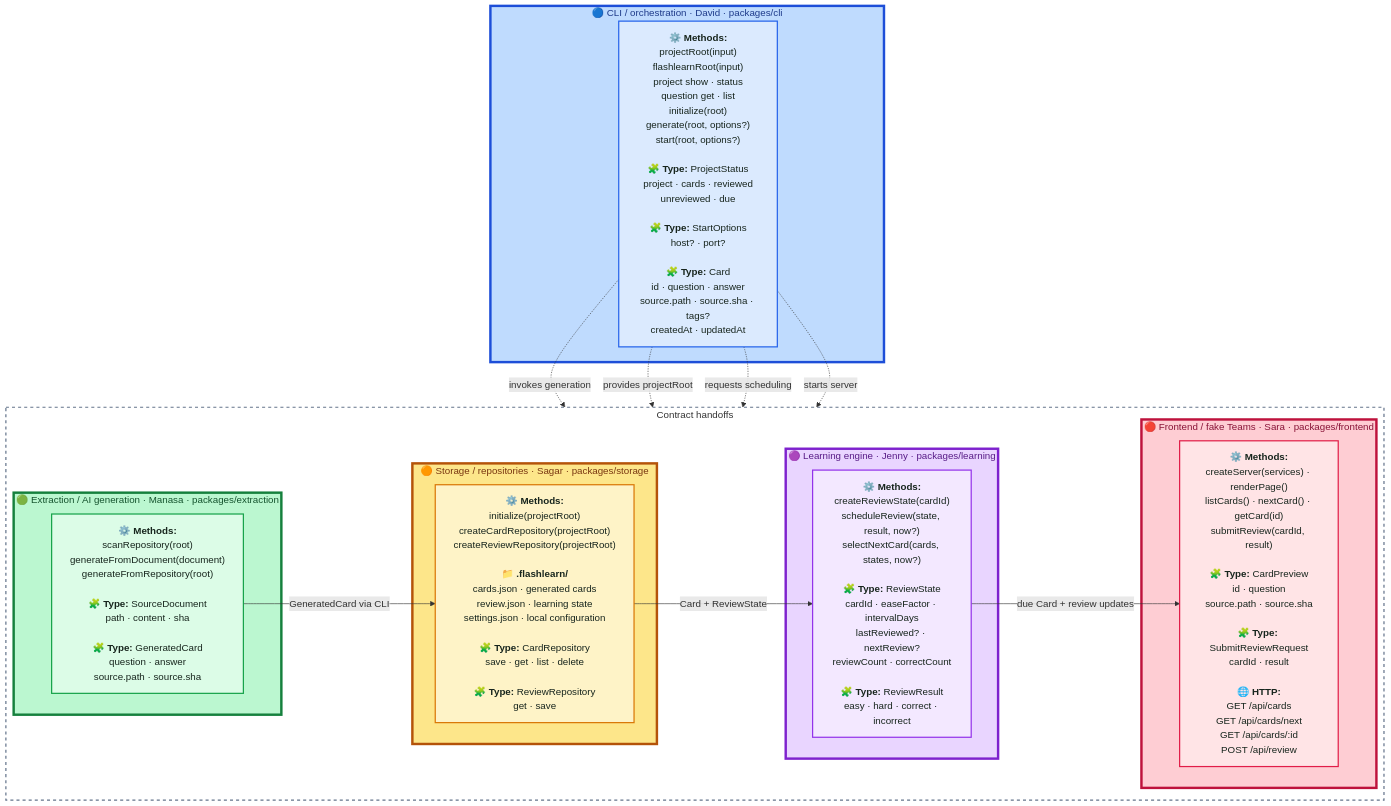
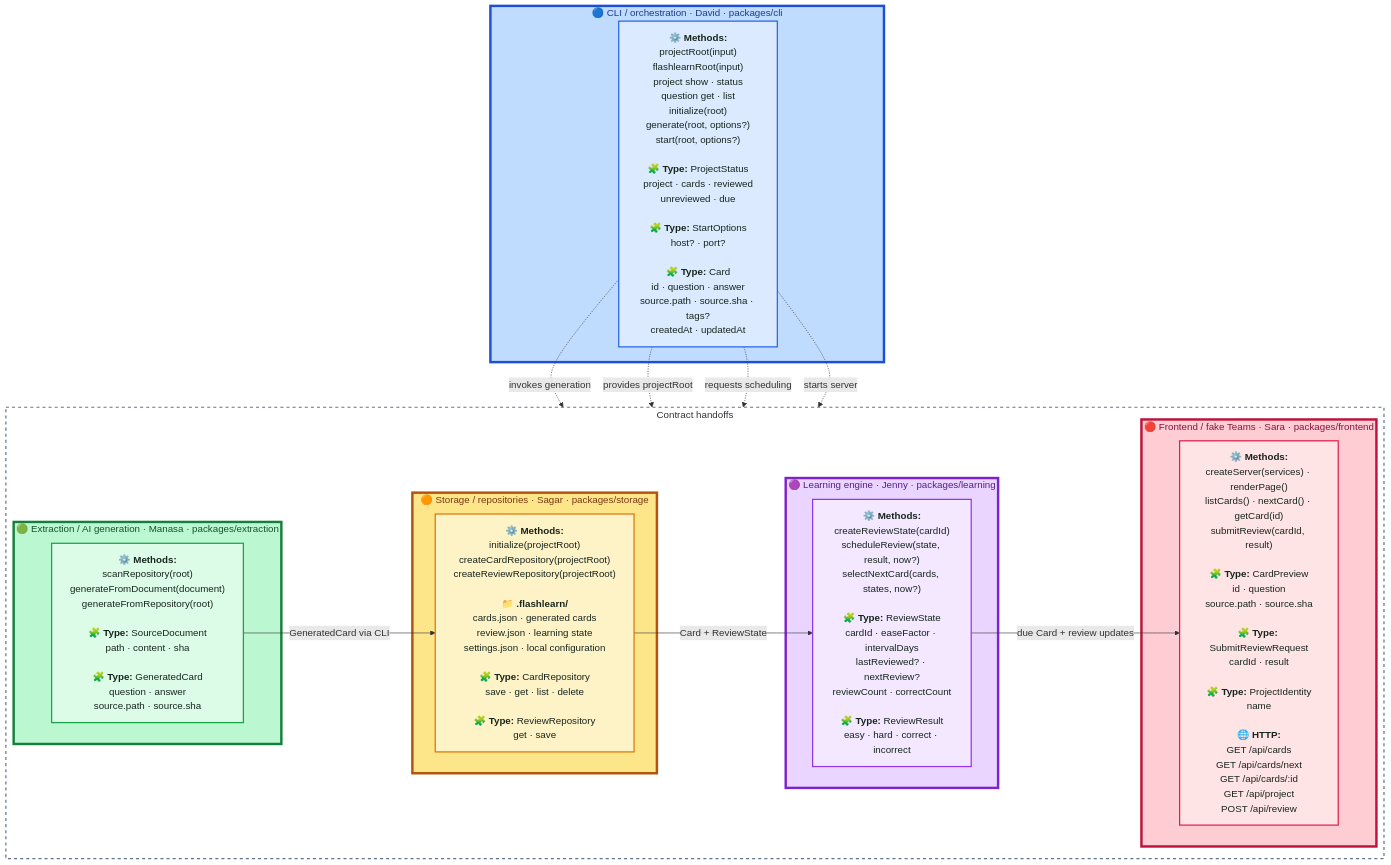
One commit to flashlearn-ai/flashlearn changed the diagram in README.md. Above: the diagram before and after it, drawn with Mermaid. The commit also changed other lines of this file and 12 other files, not shown here.

First line of the commit message:
frontend: report which project a deck came from (#43)

````diff
--- a/README.md
+++ b/README.md
@@ -114,50 +114,50 @@
 ```mermaid
 flowchart TD
   subgraph CLIRegion["🔵 CLI / orchestration · David · packages/cli"]
     CLI["<b>⚙️ Methods:</b><br/>projectRoot(input)<br/>flashlearnRoot(input)<br/>project show · status<br/>question get · list<br/>initialize(root)<br/>generate(root, options?)<br/>start(root, options?)<br/><br/><b>🧩 Type:</b> ProjectStatus<br/>project · cards · reviewed<br/>unreviewed · due<br/><br/><b>🧩 Type:</b> StartOptions<br/>host? · port?<br/><br/><b>🧩 Type:</b> Card<br/>id · question · answer<br/>source.path · source.sha · tags?<br/>createdAt · updatedAt"]
   end
 
   subgraph PackagePipeline["Contract handoffs"]
     direction LR
     subgraph ExtractionRegion["🟢 Extraction / AI generation · Manasa · packages/extraction"]
       Extraction["<b>⚙️ Methods:</b><br/>scanRepository(root)<br/>generateFromDocument(document)<br/>generateFromRepository(root)<br/><br/><b>🧩 Type:</b> SourceDocument<br/>path · content · sha<br/><br/><b>🧩 Type:</b> GeneratedCard<br/>question · answer<br/>source.path · source.sha"]
     end
 
     subgraph StorageRegion["🟠 Storage / repositories · Sagar · packages/storage"]
       Storage["<b>⚙️ Methods:</b><br/>initialize(projectRoot)<br/>createCardRepository(projectRoot)<br/>createReviewRepository(projectRoot)<br/><br/><b>📁 .flashlearn/</b><br/>cards.json · generated cards<br/>review.json · learning state<br/>settings.json · local configuration<br/><br/><b>🧩 Type:</b> CardRepository<br/>save · get · list · delete<br/><br/><b>🧩 Type:</b> ReviewRepository<br/>get · save"]
     end
 
     subgraph LearningRegion["🟣 Learning engine · Jenny · packages/learning"]
       Learning["<b>⚙️ Methods:</b><br/>createReviewState(cardId)<br/>scheduleReview(state, result, now?)<br/>selectNextCard(cards, states, now?)<br/><br/><b>🧩 Type:</b> ReviewState<br/>cardId · easeFactor · intervalDays<br/>lastReviewed? · nextReview?<br/>reviewCount · correctCount<br/><br/><b>🧩 Type:</b> ReviewResult<br/>easy · hard · correct · incorrect"]
     end
 
     subgraph FrontendRegion["🔴 Frontend / fake Teams · Sara · packages/frontend"]
-      Frontend["<b>⚙️ Methods:</b><br/>createServer(services) · renderPage()<br/>listCards() · nextCard() · getCard(id)<br/>submitReview(cardId, result)<br/><br/><b>🧩 Type:</b> CardPreview<br/>id · question<br/>source.path · source.sha<br/><br/><b>🧩 Type:</b> SubmitReviewRequest<br/>cardId · result<br/><br/><b>🌐 HTTP:</b><br/>GET /api/cards<br/>GET /api/cards/next<br/>GET /api/cards/:id<br/>POST /api/review"]
+      Frontend["<b>⚙️ Methods:</b><br/>createServer(services) · renderPage()<br/>listCards() · nextCard() · getCard(id)<br/>submitReview(cardId, result)<br/><br/><b>🧩 Type:</b> CardPreview<br/>id · question<br/>source.path · source.sha<br/><br/><b>🧩 Type:</b> SubmitReviewRequest<br/>cardId · result<br/><br/><b>🧩 Type:</b> ProjectIdentity<br/>name<br/><br/><b>🌐 HTTP:</b><br/>GET /api/cards<br/>GET /api/cards/next<br/>GET /api/cards/:id<br/>GET /api/project<br/>POST /api/review"]
     end
   end
 
   Extraction -->|GeneratedCard via CLI| Storage
   Storage -->|Card + ReviewState| Learning
   Learning -->|due Card + review updates| Frontend
   CLI -.->|invokes generation| Extraction
   CLI -.->|provides projectRoot| Storage
   CLI -.->|requests scheduling| Learning
   CLI -.->|starts server| Frontend
 
   classDef cli fill:#dbeafe,color:#17251d,stroke:#2563eb,stroke-width:2px;
   classDef extraction fill:#dcfce7,color:#17251d,stroke:#16a34a,stroke-width:2px;
   classDef storage fill:#fef3c7,color:#17251d,stroke:#d97706,stroke-width:2px;
   classDef learning fill:#f3e8ff,color:#17251d,stroke:#9333ea,stroke-width:2px;
   classDef frontend fill:#ffe4e6,color:#17251d,stroke:#e11d48,stroke-width:2px;
   class CLI cli;
   class Extraction extraction;
   class Storage storage;
   class Learning learning;
   class Frontend frontend;
   style ExtractionRegion fill:#bbf7d0,stroke:#15803d,stroke-width:4px,color:#14532d
   style CLIRegion fill:#bfdbfe,stroke:#1d4ed8,stroke-width:4px,color:#1e3a8a
   style StorageRegion fill:#fde68a,stroke:#b45309,stroke-width:4px,color:#78350f
   style LearningRegion fill:#e9d5ff,stroke:#7e22ce,stroke-width:4px,color:#581c87
   style FrontendRegion fill:#fecdd3,stroke:#be123c,stroke-width:4px,color:#881337
   style PackagePipeline fill:transparent,stroke:#64748b,stroke-width:2px,stroke-dasharray:5 5
 ```
````
